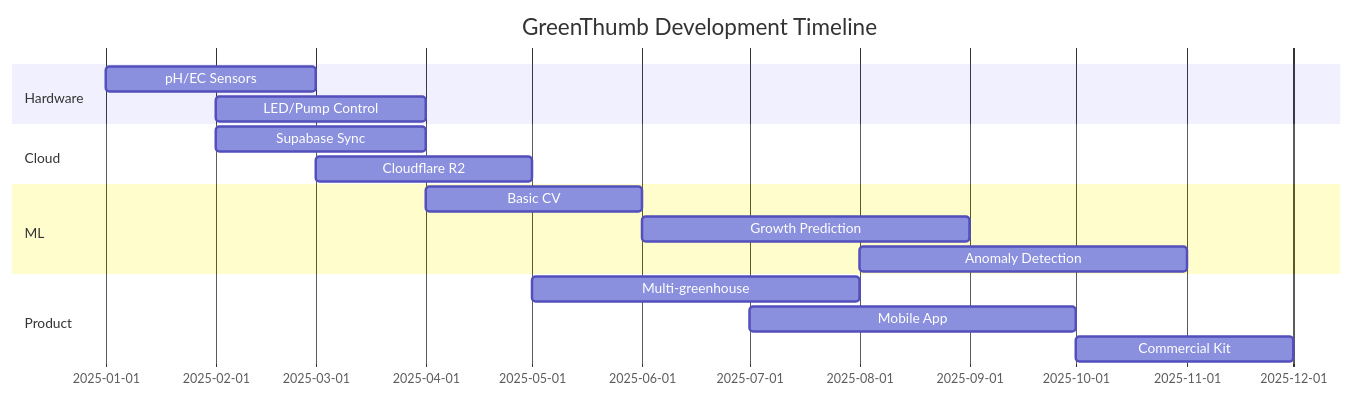
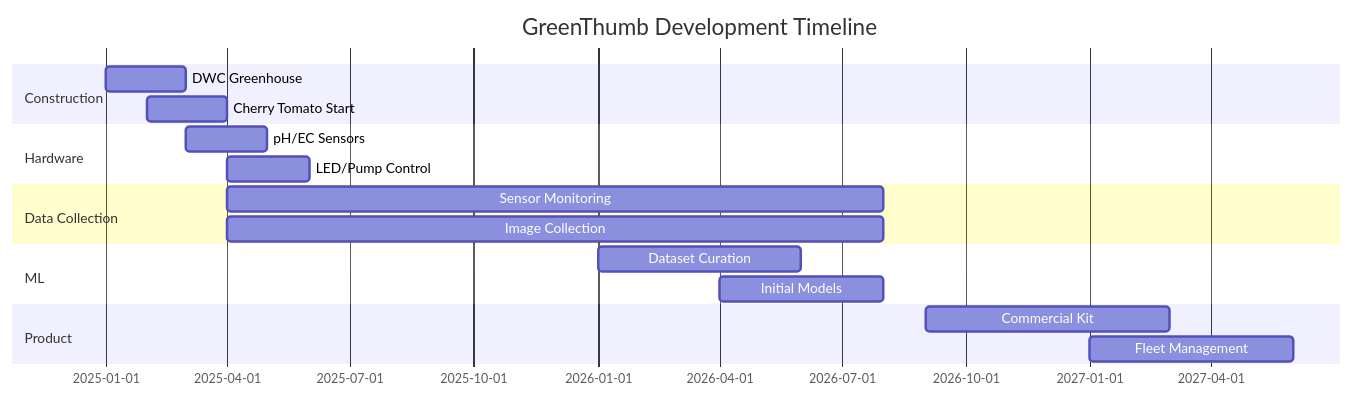
The diagram in docs/summaries/future-work-en.md (GreenThumbProject/docs), drawn with Mermaid before and after one commit. The commit also changed other lines of this file and 14 other files, not shown here.

Commit message:
docs: add initial documentation covering development, research, architecture, and components.

````diff
--- a/docs/summaries/future-work-en.md
+++ b/docs/summaries/future-work-en.md
@@ -116,23 +132,25 @@
 ```mermaid
 gantt
     title GreenThumb Development Timeline
     dateFormat YYYY-MM
     
+    section Construction
+    DWC Greenhouse     :2025-01, 2025-03
+    Cherry Tomato Start:2025-02, 2025-04
+    
     section Hardware
-    pH/EC Sensors      :2025-01, 2025-03
-    LED/Pump Control   :2025-02, 2025-04
+    pH/EC Sensors      :2025-03, 2025-05
+    LED/Pump Control   :2025-04, 2025-06
     
-    section Cloud
-    Supabase Sync      :2025-02, 2025-04
-    Cloudflare R2      :2025-03, 2025-05
+    section Data Collection
+    Sensor Monitoring  :2025-04, 2026-08
+    Image Collection   :2025-04, 2026-08
     
     section ML
-    Basic CV           :2025-04, 2025-06
-    Growth Prediction  :2025-06, 2025-09
-    Anomaly Detection  :2025-08, 2025-11
+    Dataset Curation   :2026-01, 2026-06
+    Initial Models     :2026-04, 2026-08
     
     section Product
-    Multi-greenhouse   :2025-05, 2025-08
-    Mobile App         :2025-07, 2025-10
-    Commercial Kit     :2025-10, 2025-12
+    Commercial Kit     :2026-09, 2027-03
+    Fleet Management   :2027-01, 2027-06
 ```
````
